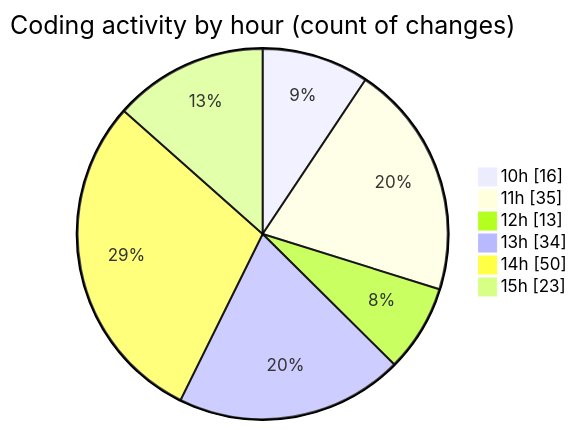
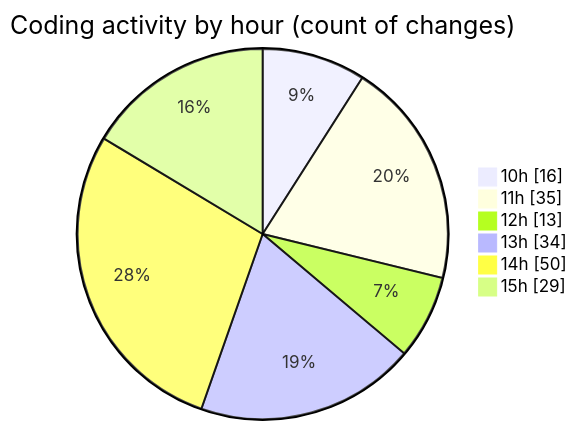
Before and after one commit to charlie-sans/code-tracking: the second of 2 diagrams in 2025-02-20/micros/README.md, drawn with Mermaid. The commit also changed other lines of this file and 1 other file, not shown here.

````diff
--- a/2025-02-20/micros/README.md
+++ b/2025-02-20/micros/README.md
@@ -57,10 +59,10 @@
 ```mermaid
 pie showData
 title Coding activity by hour (count of changes)
 "10h" : 16
 "11h" : 35
 "12h" : 13
 "13h" : 34
 "14h" : 50
-"15h" : 23
+"15h" : 29
 ```
````
